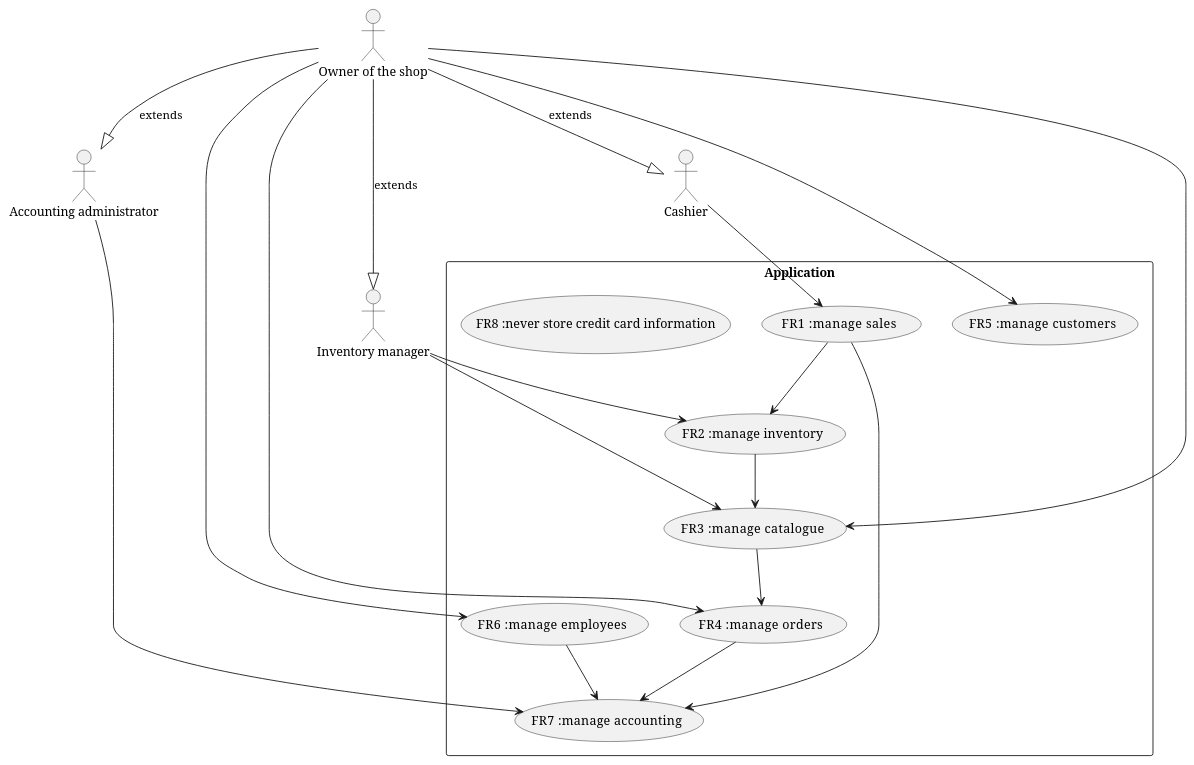
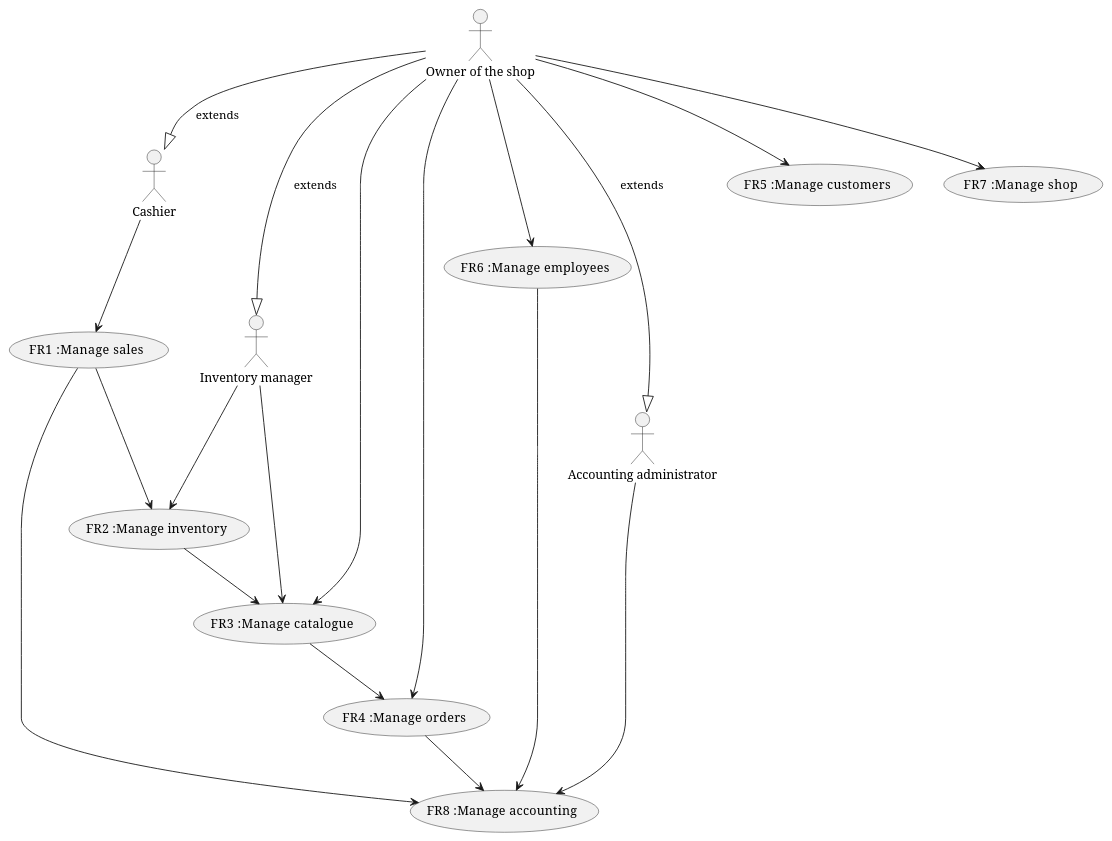
The second of 4 diagrams in Deliverables/RequirementsDocument.md (b3xul/ezshop), drawn with PlantUML before and after one commit. The commit also changed other lines of this file, not shown here.

````diff
--- a/Deliverables/RequirementsDocument.md
+++ b/Deliverables/RequirementsDocument.md
@@ -174,33 +172,32 @@
 ```plantuml
 @startuml
-rectangle Application {
-(FR1   :manage sales)
-(FR2   :manage inventory)
-(FR3   :manage catalogue)
-(FR4   :manage orders)
-(FR5   :manage customers)
-(FR6   :manage employees)
-(FR7   :manage accounting)
-(FR8   :never store credit card information)
-}
+(FR1   :Manage sales)
+(FR2   :Manage inventory)
+(FR3   :Manage catalogue)
+(FR4   :Manage orders)
+(FR5   :Manage customers)
+(FR6   :Manage employees)
+(FR7   :Manage shop)
+(FR8   :Manage accounting)
 
 :Owner of the shop: --|> :Cashier: : extends
 :Owner of the shop: --|> :Inventory manager: : extends
-:Owner of the shop: --> (FR3   :manage catalogue)
-:Owner of the shop: --> (FR4   :manage orders)
-:Owner of the shop: --> (FR5   :manage customers)
-:Owner of the shop: --> (FR6   :manage employees)
+:Owner of the shop: --> (FR3   :Manage catalogue)
+:Owner of the shop: --> (FR4   :Manage orders)
+:Owner of the shop: --> (FR5   :Manage customers)
+:Owner of the shop: --> (FR6   :Manage employees)
 :Owner of the shop: --|> :Accounting administrator: : extends
-:Inventory manager: --> (FR2   :manage inventory)
-:Inventory manager: --> (FR3   :manage catalogue)
-:Cashier: --> (FR1   :manage sales)
-:Accounting administrator: --> (FR7   :manage accounting)
+:Owner of the shop: --> (FR7   :Manage shop)
+:Inventory manager: --> (FR2   :Manage inventory)
+:Inventory manager: --> (FR3   :Manage catalogue)
+:Cashier: --> (FR1   :Manage sales)
+:Accounting administrator: --> (FR8   :Manage accounting)
 
-(FR1   :manage sales) --> (FR2   :manage inventory)
-(FR1   :manage sales) --> (FR7   :manage accounting)
-(FR4   :manage orders) --> (FR7   :manage accounting)
-(FR6   :manage employees) --> (FR7   :manage accounting)
-(FR2   :manage inventory) --> (FR3   :manage catalogue)
-(FR3   :manage catalogue) --> (FR4   :manage orders)
+(FR1   :Manage sales) --> (FR2   :Manage inventory)
+(FR1   :Manage sales) --> (FR8   :Manage accounting)
+(FR4   :Manage orders) --> (FR8   :Manage accounting)
+(FR6   :Manage employees) --> (FR8   :Manage accounting)
+(FR2   :Manage inventory) --> (FR3   :Manage catalogue)
+(FR3   :Manage catalogue) --> (FR4   :Manage orders)
 @enduml
 ```
````
